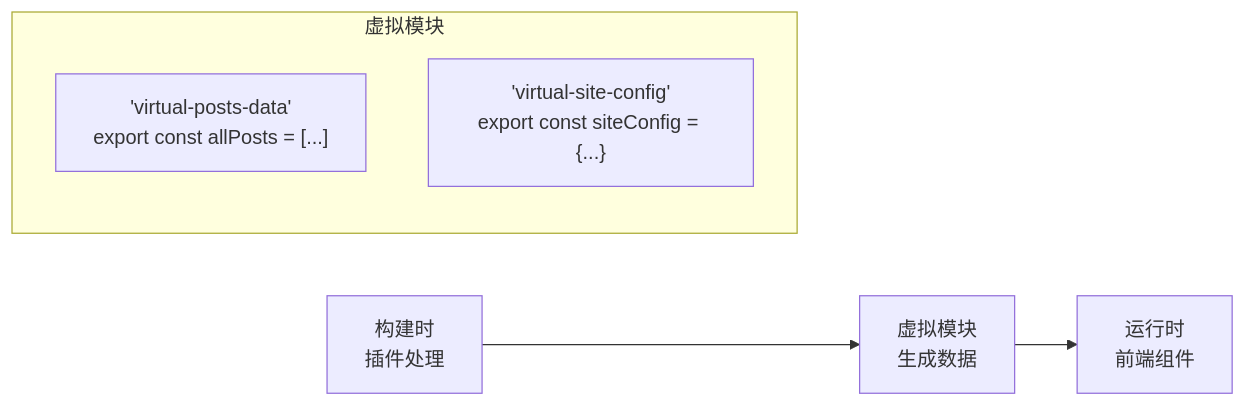
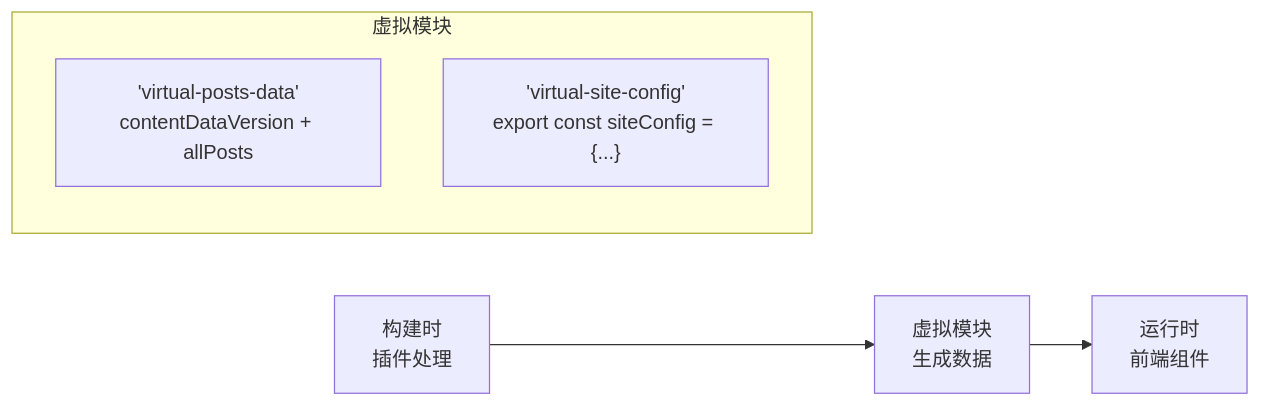
One commit to wu9o/cogita changed the fifth of 8 diagrams in docs-site/content/api/architecture-design.md. Above: the diagram before and after it, drawn with Mermaid. The commit also changed other lines of this file and 13 other files, not shown here.

Commit message:
feat(shared): unify content data contract

````diff
--- a/docs-site/content/api/architecture-design.md
+++ b/docs-site/content/api/architecture-design.md
@@ -343,10 +343,10 @@
 ```mermaid
 graph LR
     A[构建时<br/>插件处理] --> B[虚拟模块<br/>生成数据]
     B --> C[运行时<br/>前端组件]
     
     subgraph "虚拟模块"
-        D["'virtual-posts-data'<br/>export const allPosts = [...]"]
+        D["'virtual-posts-data'<br/>contentDataVersion + allPosts"]
         E["'virtual-site-config'<br/>export const siteConfig = {...}"]
     end
 ```
````
